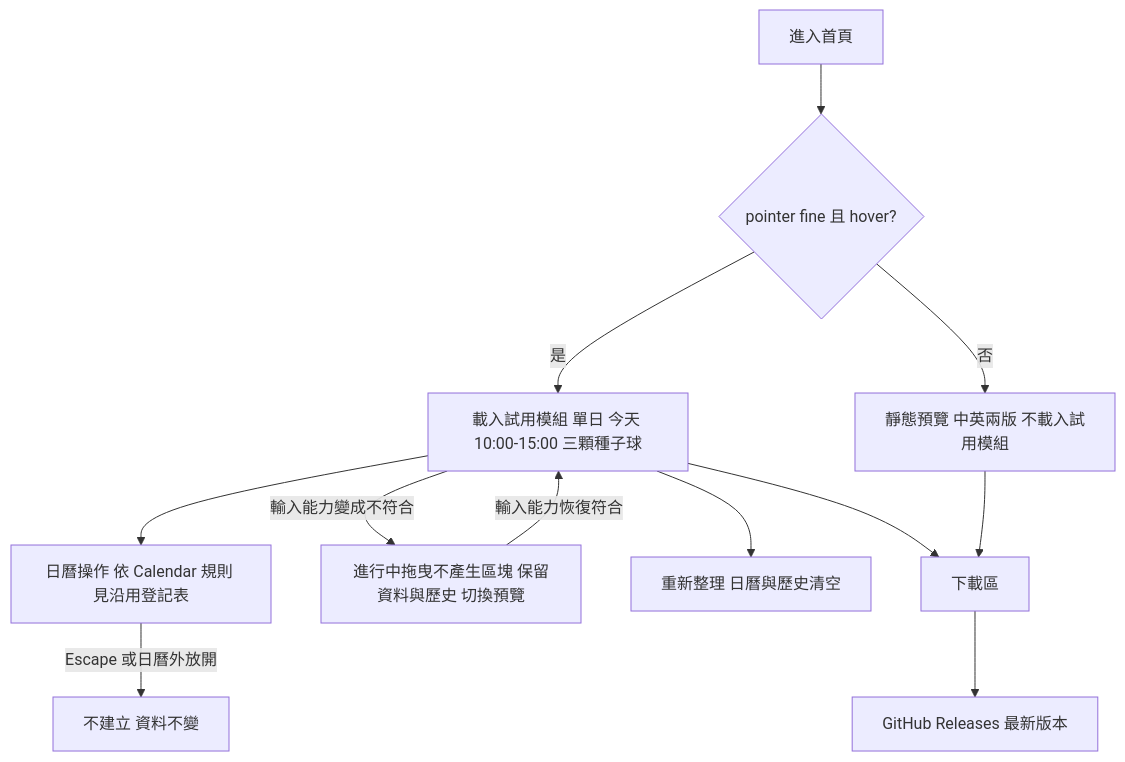
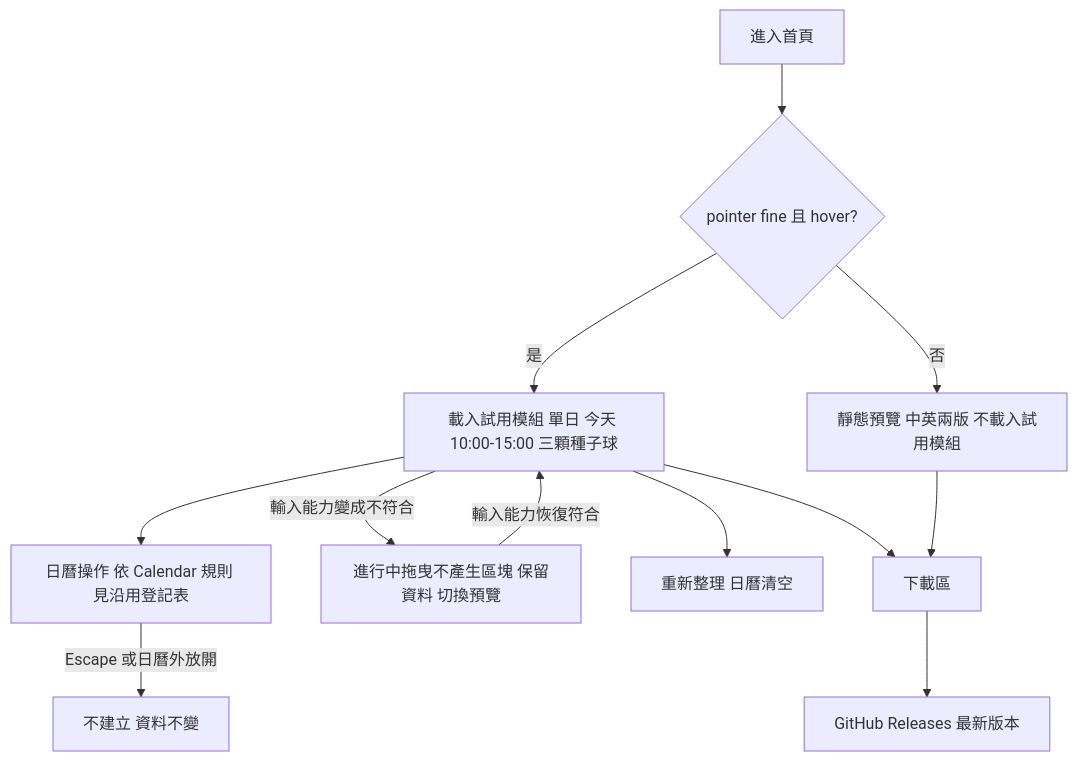
Before and after one commit to andrewchu0101/juicy-landing-page: the diagram in docs/03-srs.md, drawn with Mermaid. The commit also changed other lines of this file and 1 other file, not shown here.

````diff
--- a/docs/03-srs.md
+++ b/docs/03-srs.md
@@ -140,14 +140,14 @@
 ```mermaid
 flowchart TD
   A[進入首頁] --> B{pointer fine 且 hover?}
   B -- 是 --> C[載入試用模組 單日 今天 10:00-15:00 三顆種子球]
   B -- 否 --> D[靜態預覽 中英兩版 不載入試用模組]
   C --> E[日曆操作 依 Calendar 規則 見沿用登記表]
   E -- Escape 或日曆外放開 --> F[不建立 資料不變]
-  C -- 輸入能力變成不符合 --> N[進行中拖曳不產生區塊 保留資料與歷史 切換預覽]
+  C -- 輸入能力變成不符合 --> N[進行中拖曳不產生區塊 保留資料 切換預覽]
   N -- 輸入能力恢復符合 --> C
-  C --> P[重新整理 日曆與歷史清空]
+  C --> P[重新整理 日曆清空]
   C --> Q[下載區]
   D --> Q
   Q --> R[GitHub Releases 最新版本]
 ```
````
